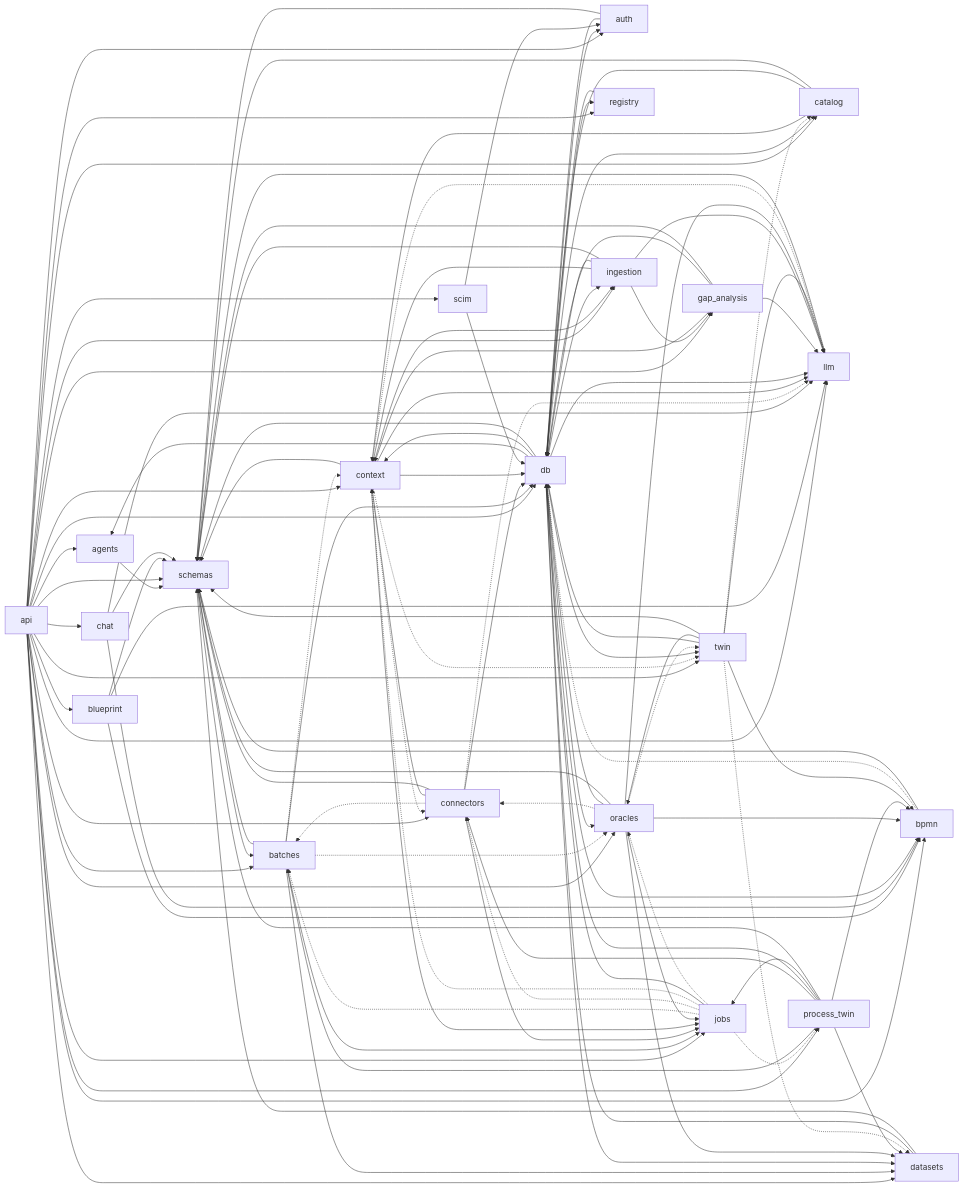
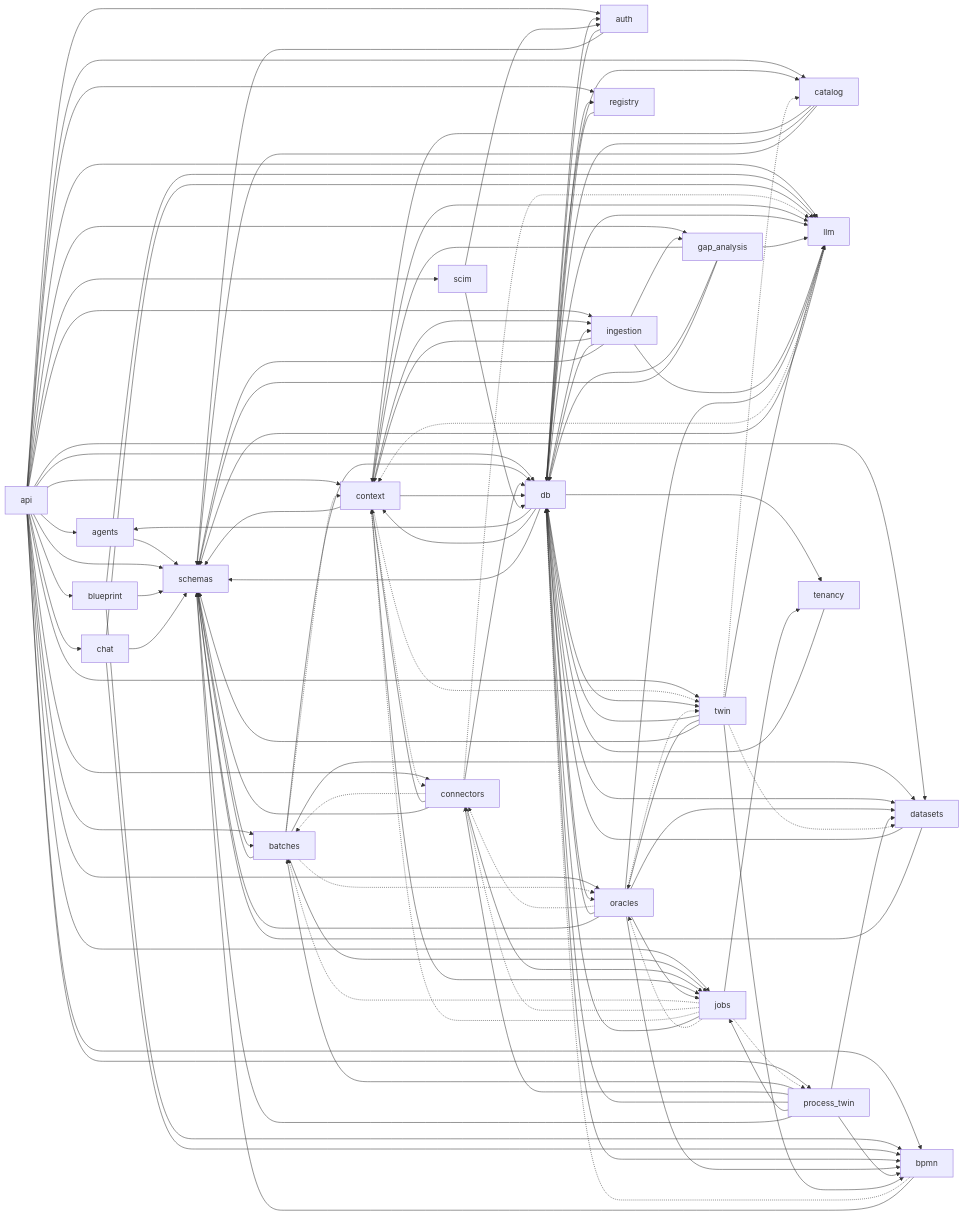
One commit to jayendukumar/agentify changed the third of 8 diagrams in docs/wiki/Architecture.md. Above: the diagram before and after it, drawn with Mermaid. The commit also changed other lines of this file and 38 other files, not shown here.

```diff
--- a/docs/wiki/Architecture.md
+++ b/docs/wiki/Architecture.md
@@ -185,6 +186,7 @@
     db --> oracles
     db --> registry
     db --> schemas
+    db --> tenancy
     db --> twin
     gap_analysis --> context
     gap_analysis --> db
@@ -201,6 +203,7 @@
     jobs --> db
     jobs -.-> oracles
     jobs -.-> process_twin
+    jobs --> tenancy
     llm -.-> context
     llm --> schemas
     oracles --> bpmn
@@ -222,6 +225,7 @@
     schemas --> batches
     scim --> auth
     scim --> db
+    tenancy --> db
     twin --> bpmn
     twin -.-> catalog
     twin -.-> datasets
```
